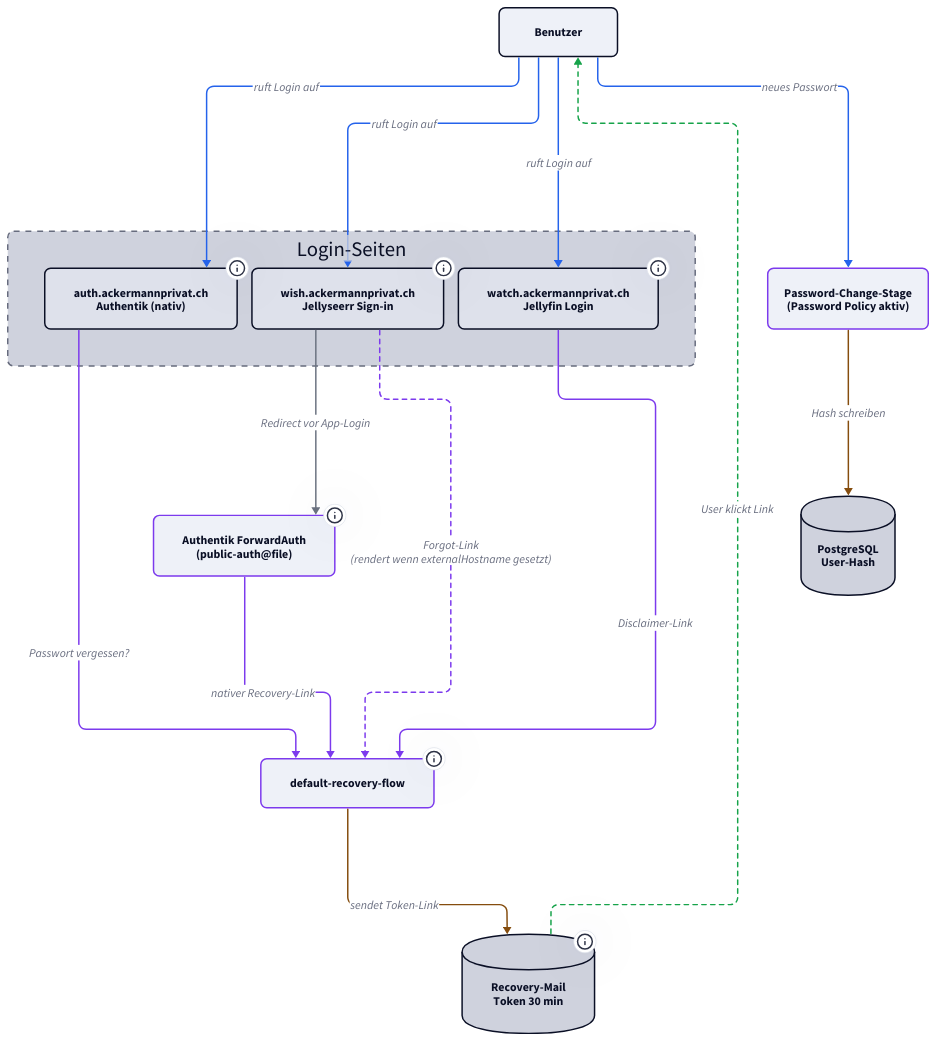
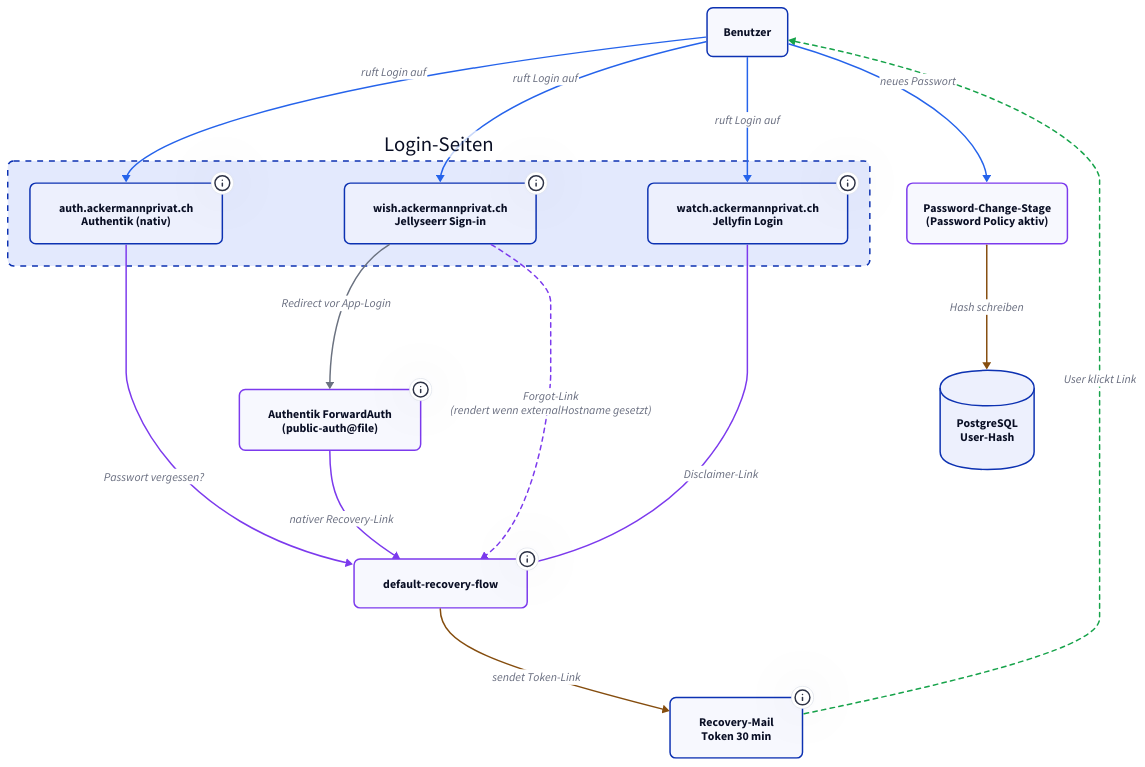
Before and after one commit to derever-labs/homelab-wiki: the diagram in docs/authentik/recovery.md, drawn with D2. The commit also changed 10 other files, not shown here.

First line of the commit message:
docs(identity): Diagramme fuer TALA ueberarbeiten (Batch B4) (#99)

````diff
--- a/docs/authentik/recovery.md
+++ b/docs/authentik/recovery.md
@@ -87,74 +87,66 @@
 ```d2
-vars: {
-  d2-config: {
-    theme-id: 1
-    layout-engine: elk
-  }
-}
-
 classes: {
   app: { style: { border-radius: 8 } }
   recovery: { style: { border-radius: 8; stroke: "#7c3aed" } }
   store: { style: { border-radius: 8 } }
   container: { style: { border-radius: 8; stroke-dash: 4 } }
 }
 
 direction: down
 
 User: Benutzer { class: app }
 
 Apps: Login-Seiten {
   class: container
 
   AuthLogin: "auth.ackermannprivat.ch\nAuthentik (nativ)" {
     class: app
     tooltip: "Recovery-Link via Identification-Stage + Custom-CSS"
   }
   JSLogin: "wish.ackermannprivat.ch\nJellyseerr Sign-in" {
     class: app
     tooltip: "Forgot-Link rendert nur wenn externalHostname UND jellyfinForgotPasswordUrl gesetzt -- Wrapper {baseUrl && ...}"
   }
   JFLogin: "watch.ackermannprivat.ch\nJellyfin Login" {
     class: app
     tooltip: "LoginDisclaimer im Branding-Endpoint, persistiert im CSI-Volume"
   }
 }
 
 FWD: "Authentik ForwardAuth\n(public-auth@file)" {
   class: recovery
   tooltip: "Schaltet die Authentik-Login-Seite VOR Jellyseerr -- nativer Recovery-Link greift hier zuerst"
 }
 
 Recovery: "default-recovery-flow" {
   class: recovery
   tooltip: "Identification + Recovery-Mail + Token + Password-Change-Stage"
 }
 
 Mail: "Recovery-Mail\nToken 30 min" {
   class: store
-  shape: cylinder
   tooltip: "SMTP Relay -- smtp.service.consul"
 }
 
 PwChange: "Password-Change-Stage\n(Password Policy aktiv)" { class: recovery }
 
 PG: "PostgreSQL\nUser-Hash" {
   class: store
   shape: cylinder
 }
 
 User -> Apps.AuthLogin: "ruft Login auf" { style.stroke: "#2563eb" }
 User -> Apps.JSLogin: "ruft Login auf" { style.stroke: "#2563eb" }
 User -> Apps.JFLogin: "ruft Login auf" { style.stroke: "#2563eb" }
 
 Apps.JSLogin -> FWD: "Redirect vor App-Login" { style.stroke: "#6b7280" }
 FWD -> Recovery: "nativer Recovery-Link" { style.stroke: "#7c3aed" }
 Apps.AuthLogin -> Recovery: "Passwort vergessen?" { style.stroke: "#7c3aed" }
 Apps.JSLogin -> Recovery: "Forgot-Link\n(rendert wenn externalHostname gesetzt)" { style.stroke: "#7c3aed"; style.stroke-dash: 3 }
 Apps.JFLogin -> Recovery: "Disclaimer-Link" { style.stroke: "#7c3aed" }
 
 Recovery -> Mail: "sendet Token-Link" { style.stroke: "#854d0e" }
 Mail -> User: "User klickt Link" { style.stroke: "#16a34a"; style.stroke-dash: 3 }
 User -> PwChange: "neues Passwort" { style.stroke: "#2563eb" }
 PwChange -> PG: "Hash schreiben" { style.stroke: "#854d0e" }
 ```
````
